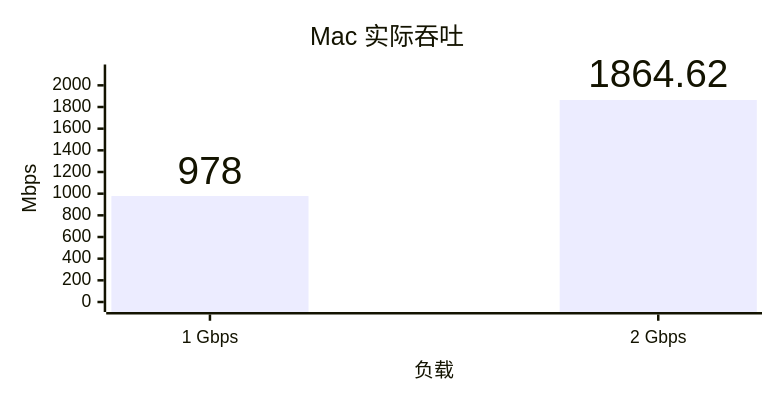
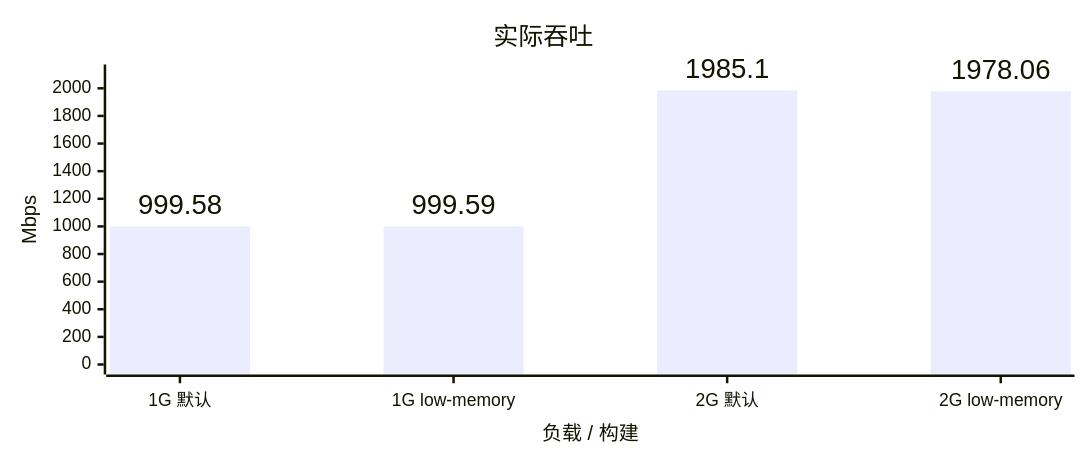
Before and after one commit to YuanDevTeam/Vole: the first of 4 diagrams in docs/benchmark.md, drawn with Mermaid. The commit also changed other lines of this file and 1 other file, not shown here.

First line of the commit message:
docs: compare full Linux default and low-memory pressure

````diff
--- a/docs/benchmark.md
+++ b/docs/benchmark.md
@@ -99,15 +15,15 @@
 ```mermaid
 ---
 config:
   xyChart:
-    width: 600
-    height: 300
+    width: 850
+    height: 350
     showDataLabel: true
     showDataLabelOutsideBar: true
 ---
 xychart
-    title "Mac 实际吞吐"
-    x-axis "负载" ["1 Gbps", "2 Gbps"]
+    title "实际吞吐"
+    x-axis "负载 / 构建" ["1G 默认", "1G low-memory", "2G 默认", "2G low-memory"]
     y-axis "Mbps" 0 --> 2100
-    bar [978.00, 1864.62]
+    bar [999.58, 999.59, 1985.10, 1978.06]
 ```
````
